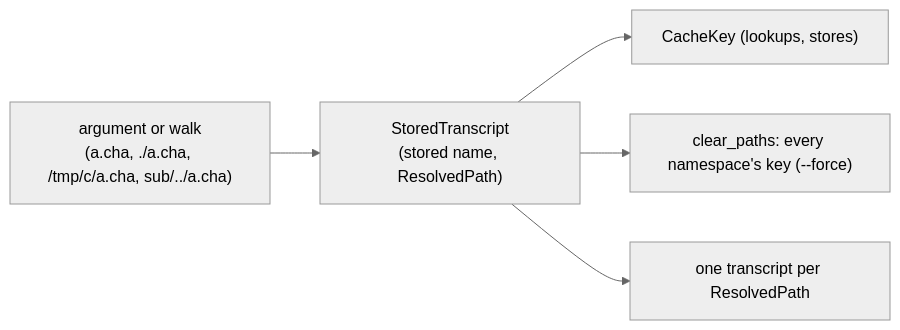
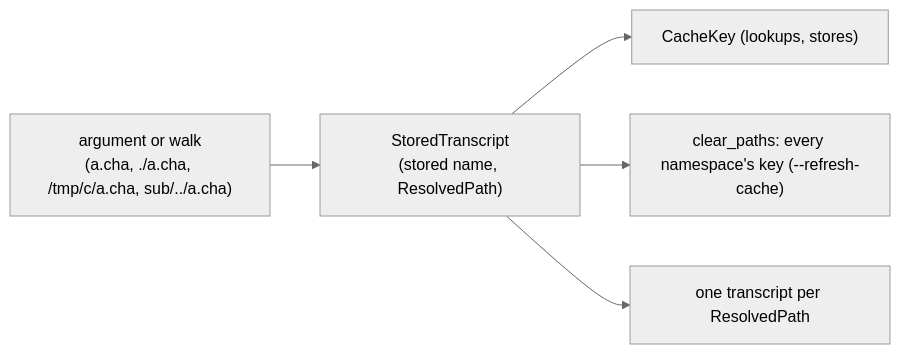
Before and after one commit to TalkBank/chatter: the second of 7 diagrams in book/src/architecture/parser-and-grammar/validation-cache.md, drawn with Mermaid (neutral theme). The commit also changed other lines of this file and 267 other files, not shown here.

````diff
--- a/book/src/architecture/parser-and-grammar/validation-cache.md
+++ b/book/src/architecture/parser-and-grammar/validation-cache.md
@@ -121,7 +121,7 @@
 ```mermaid
 flowchart LR
     arg["argument or walk\n(a.cha, ./a.cha, /tmp/c/a.cha, sub/../a.cha)"] --> stored["StoredTranscript\n(stored name, ResolvedPath)"]
     stored --> key["CacheKey (lookups, stores)"]
-    stored --> clear["clear_paths: every namespace's key (--force)"]
+    stored --> clear["clear_paths: every namespace's key (--refresh-cache)"]
     stored --> dedup["one transcript per ResolvedPath"]
 ```
````
